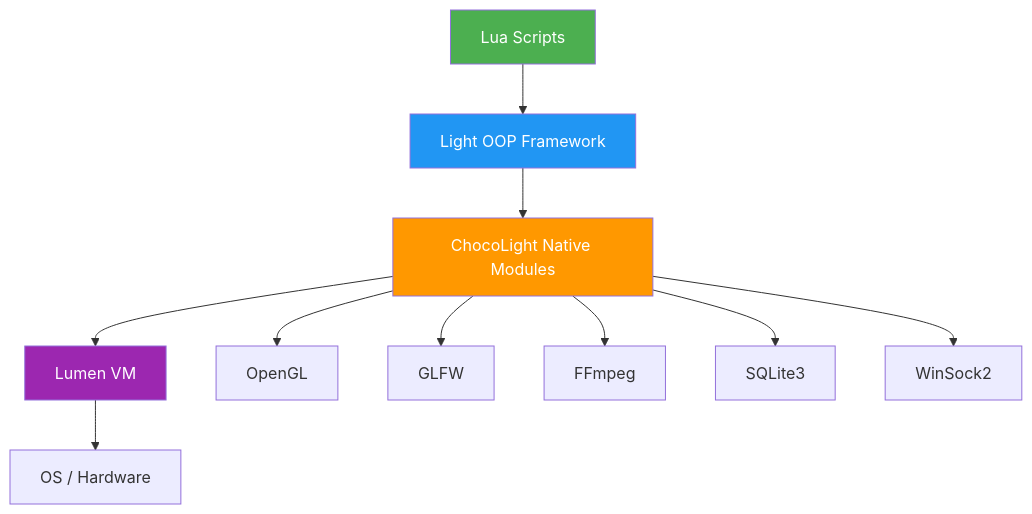
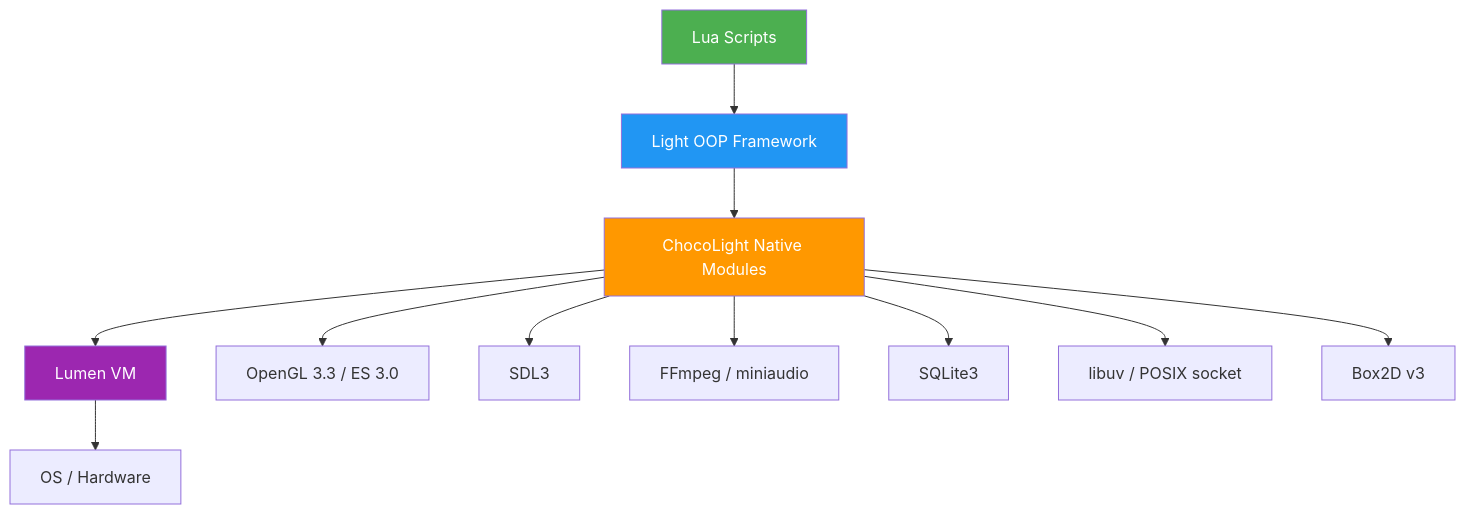
The first of 2 diagrams in ENGINE_EVALUATION.md (futzhj/ChocoLightEngine), drawn with Mermaid before and after one commit. The commit also changed other lines of this file and 2 other files, not shown here.

````diff
--- a/ENGINE_EVALUATION.md
+++ b/ENGINE_EVALUATION.md
@@ -23,18 +23,19 @@
 ```mermaid
 graph TD
     A[Lua Scripts] --> B[Light OOP Framework]
     B --> C[ChocoLight Native Modules]
     C --> D[Lumen VM]
     D --> E[OS / Hardware]
     
-    C --> F[OpenGL]
-    C --> G[GLFW]
-    C --> H[FFmpeg]
+    C --> F[OpenGL 3.3 / ES 3.0]
+    C --> G[SDL3]
+    C --> H[FFmpeg / miniaudio]
     C --> I[SQLite3]
-    C --> J[WinSock2]
+    C --> J[libuv / POSIX socket]
+    C --> K[Box2D v3]
     
     style A fill:#4CAF50,color:#fff
     style B fill:#2196F3,color:#fff
     style C fill:#FF9800,color:#fff
     style D fill:#9C27B0,color:#fff
 ```
````
